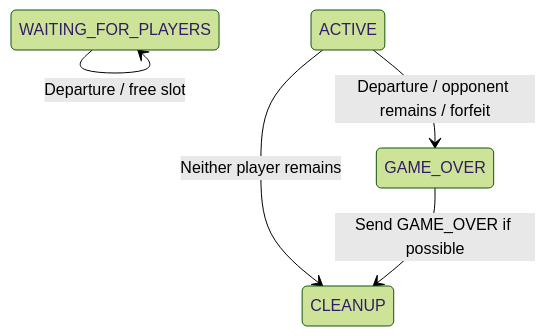
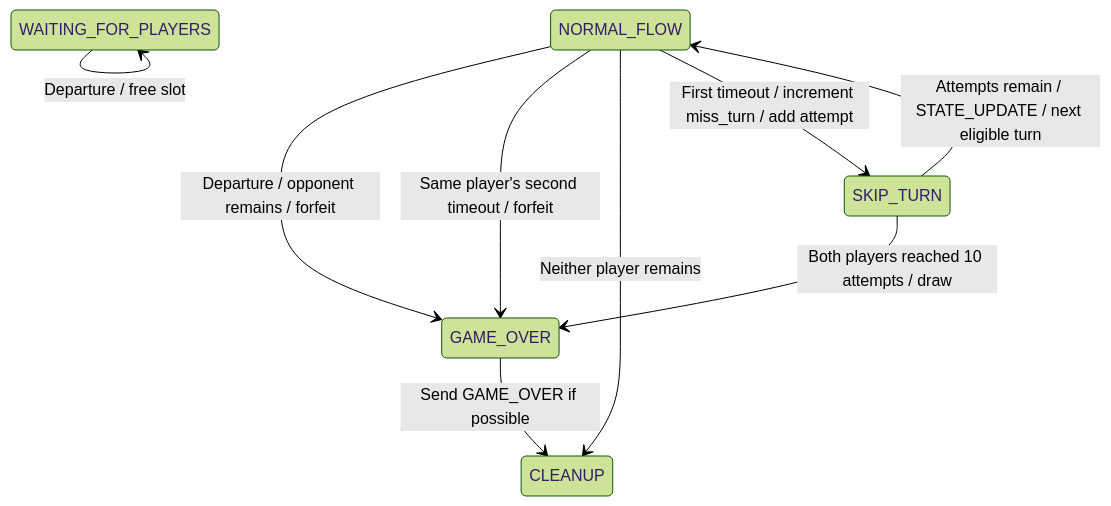
Before and after one commit to ABowSEC/CS457-CodeBreaker: the second of 2 diagrams in docs/fsm_specifications.md, drawn with Mermaid (forest theme). The commit also changed other lines of this file and 2 other files, not shown here.

````diff
--- a/docs/fsm_specifications.md
+++ b/docs/fsm_specifications.md
@@ -23,8 +27,16 @@
 ```mermaid
     stateDiagram-v2
 
     WAITING_FOR_PLAYERS --> WAITING_FOR_PLAYERS : Departure / free slot
-    ACTIVE --> GAME_OVER : Departure / opponent remains / forfeit
-    ACTIVE --> CLEANUP : Neither player remains
+
+    NORMAL_FLOW --> GAME_OVER : Departure / opponent remains / forfeit
+    NORMAL_FLOW --> GAME_OVER : Same player's second timeout / forfeit
+    NORMAL_FLOW --> CLEANUP : Neither player remains
+    NORMAL_FLOW --> SKIP_TURN : First timeout / increment miss_turn / add attempt
+
+    SKIP_TURN --> NORMAL_FLOW : Attempts remain / STATE_UPDATE / next eligible turn
+    SKIP_TURN --> GAME_OVER : Both players reached 10 attempts / draw
+
     GAME_OVER --> CLEANUP : Send GAME_OVER if possible
+
 ```
````
